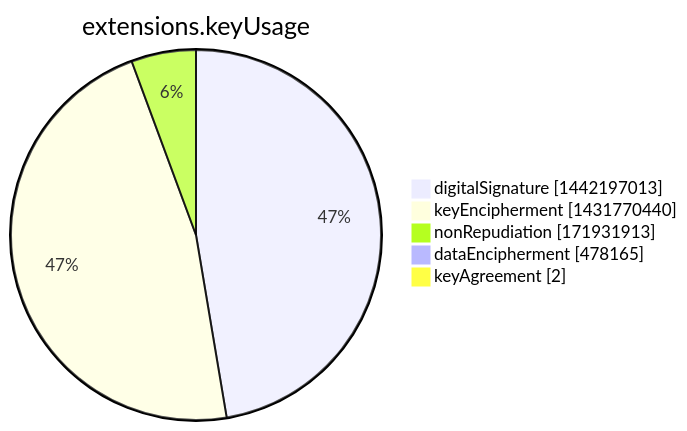
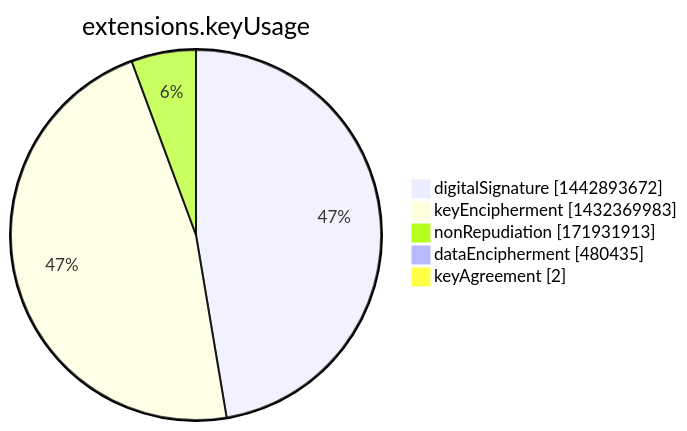
One commit to christiankrug/ctmonitor_visualization changed the seventh of 15 diagrams in argon2022/README.md. Above: the diagram before and after it, drawn with Mermaid. The commit also changed other lines of this file, not shown here.

````diff
--- a/argon2022/README.md
+++ b/argon2022/README.md
@@ -2751,9 +2751,9 @@
 ```mermaid
 pie showData
 title extensions.keyUsage
-"digitalSignature" :1442197013
-"keyEncipherment" :1431770440
+"digitalSignature" :1442893672
+"keyEncipherment" :1432369983
 "nonRepudiation" :171931913
-"dataEncipherment" :478165
+"dataEncipherment" :480435
 "keyAgreement" :2
 ```
````
